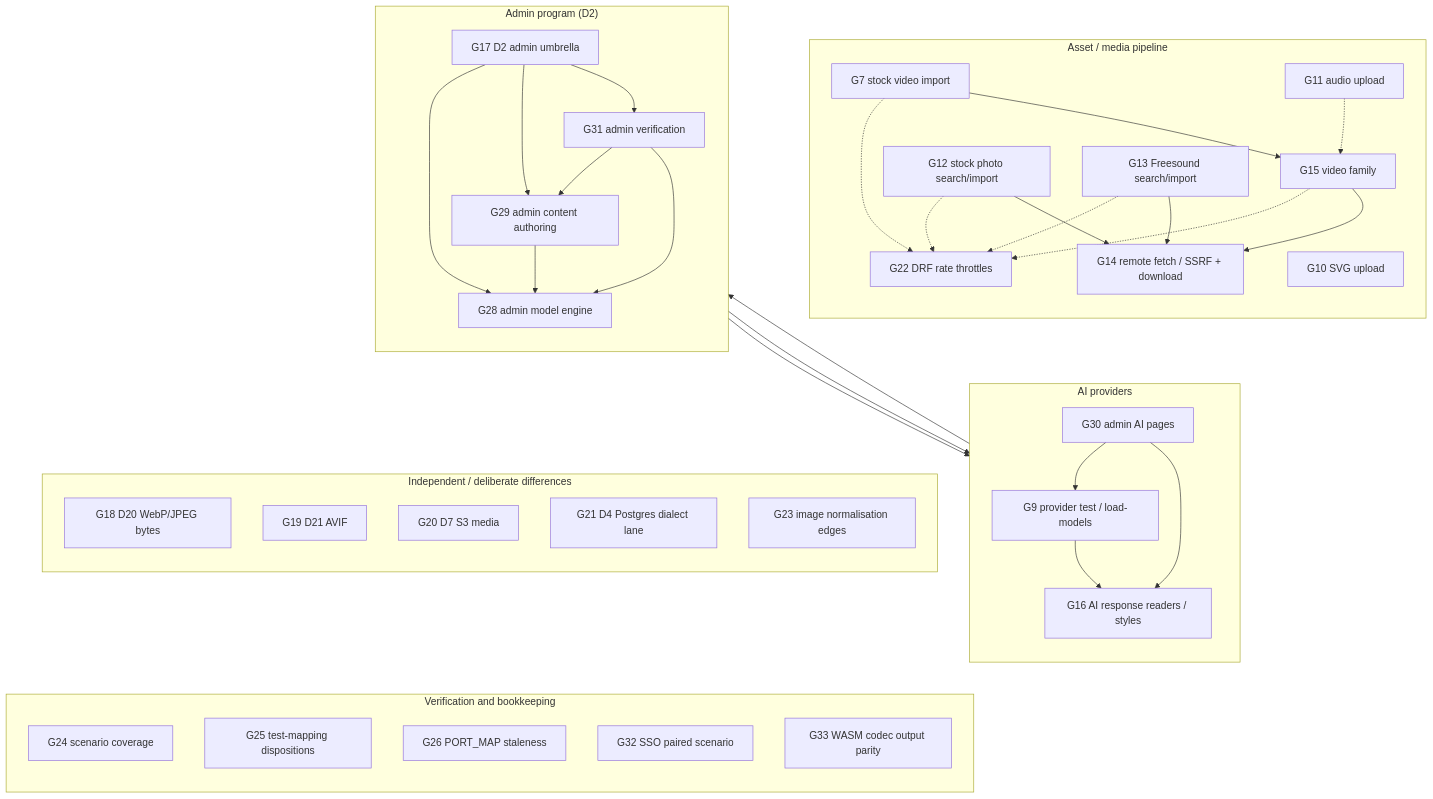
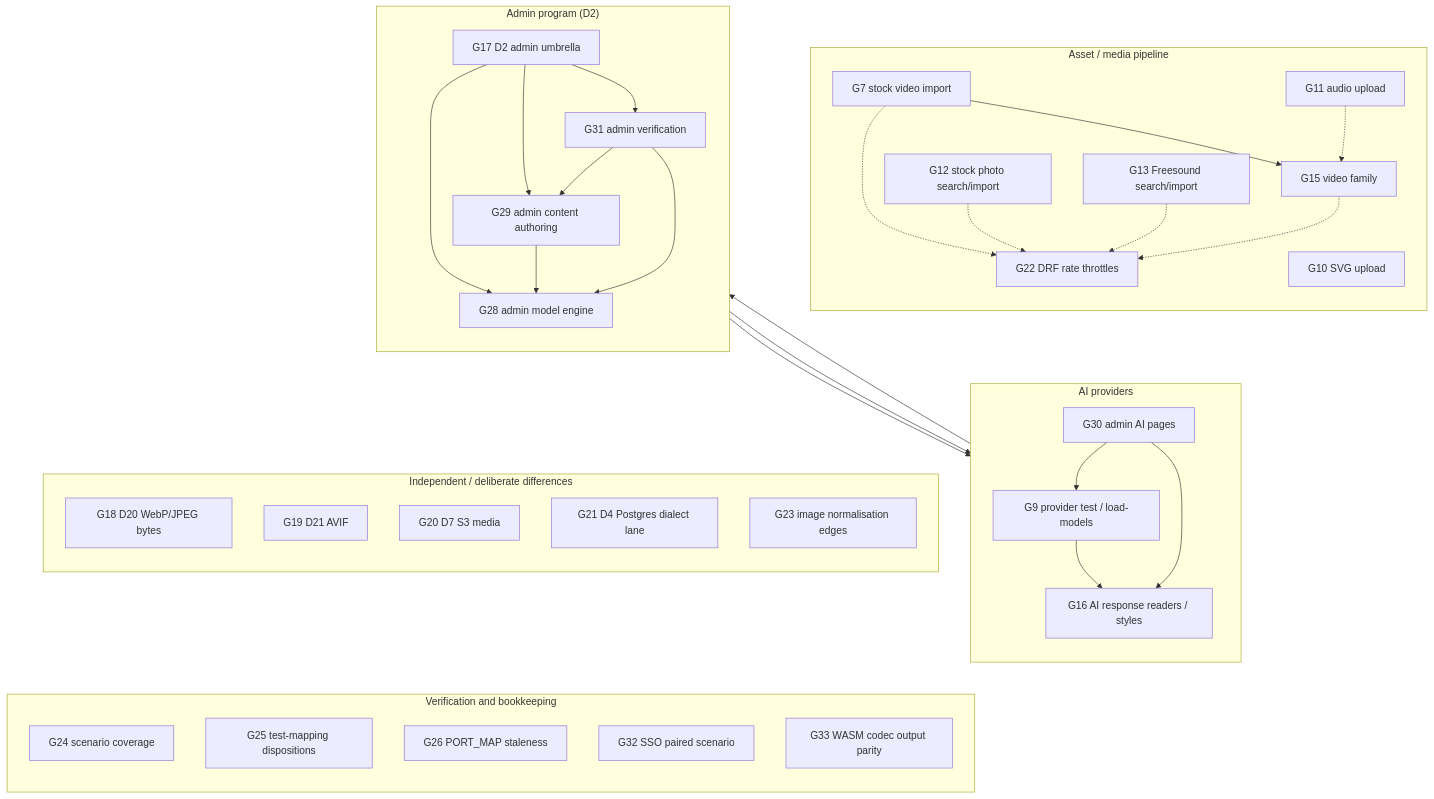
One commit to liyu1981/doory-go changed the diagram in docs/parity/GAPS.md. Above: the diagram before and after it, drawn with Mermaid. The commit also changed other lines of this file and 5 other files, not shown here.

First line of the commit message:
Implement SSRF-safe remote image fetch

````diff
--- a/docs/parity/GAPS.md
+++ b/docs/parity/GAPS.md
@@ -33,82 +33,78 @@
 ```mermaid
 flowchart TB
   %% asset / media pipeline
   subgraph Media["Asset / media pipeline"]
     direction TB
-    G14["G14 remote fetch / SSRF + download"]
     G15["G15 video family"]
     G7["G7 stock video import"]
     G12["G12 stock photo search/import"]
     G13["G13 Freesound search/import"]
     G10["G10 SVG upload"]
     G11["G11 audio upload"]
     G22["G22 DRF rate throttles"]
 
     G7 --> G15
-    G15 --> G14
-    G12 --> G14
-    G13 --> G14
     G7 -.-> G22
     G12 -.-> G22
     G13 -.-> G22
     G15 -.-> G22
     G11 -.-> G15
   end
 
   %% AI
   subgraph AI["AI providers"]
     direction TB
     G16["G16 AI response readers / styles"]
     G9["G9 provider test / load-models"]
     G30["G30 admin AI pages"]
 
     G9 --> G16
     G30 --> G9
     G30 --> G16
   end
 
   %% admin program
   subgraph Admin["Admin program (D2)"]
     direction TB
     G17["G17 D2 admin umbrella"]
     G28["G28 admin model engine"]
     G29["G29 admin content authoring"]
     G31["G31 admin verification"]
 
     G17 --> G28
     G17 --> G29
     G17 --> G30
     G17 --> G31
     G29 --> G28
     G30 --> G28
     G31 --> G28
     G31 --> G29
     G31 --> G30
   end
 
   %% independent deliberate differences
   subgraph Differences["Independent / deliberate differences"]
     direction TB
     G18["G18 D20 WebP/JPEG bytes"]
     G19["G19 D21 AVIF"]
     G20["G20 D7 S3 media"]
     G21["G21 D4 Postgres dialect lane"]
     G23["G23 image normalisation edges"]
   end
 
   %% verification / bookkeeping (not feature prerequisites)
   subgraph Verification["Verification and bookkeeping"]
     direction TB
     G24["G24 scenario coverage"]
     G25["G25 test-mapping dispositions"]
     G26["G26 PORT_MAP staleness"]
     G32["G32 SSO paired scenario"]
     G33["G33 WASM codec output parity"]
   end
 
   %% Layout-only links: keep the clusters stacked vertically (they are invisible).
   G11 ~~~ G16
   G16 ~~~ G28
   G28 ~~~ G18
   G18 ~~~ G24
 ```
````
